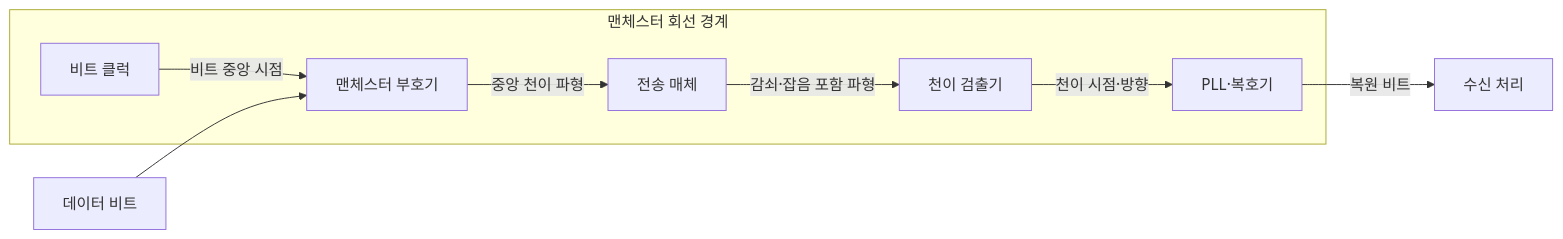
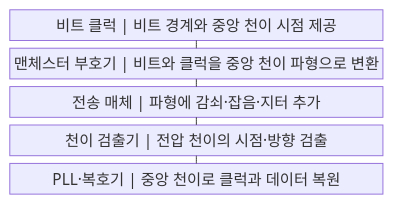
Before and after one commit to agnusdei1207/knowledge-base: the first of 2 diagrams in src/content/docs/notes/04-network/068_manchester_encoding.md, drawn with Mermaid. The commit also changed other lines of this file and 20 other files, not shown here.

````diff
--- a/src/content/docs/notes/04-network/068_manchester_encoding.md
+++ b/src/content/docs/notes/04-network/068_manchester_encoding.md
@@ -57,17 +57,13 @@
 ```mermaid
-flowchart LR
-    DATA[데이터 비트]
-    subgraph M[맨체스터 회선 경계]
-        CLK[비트 클럭]
-        ENC[맨체스터 부호기]
-        MED[전송 매체]
-        DET[천이 검출기]
-        DEC[PLL·복호기]
-        CLK -->|비트 중앙 시점| ENC
-        ENC -->|중앙 천이 파형| MED
-        MED -->|감쇠·잡음 포함 파형| DET
-        DET -->|천이 시점·방향| DEC
-    end
-    DATA --> ENC
-    DEC -->|복원 비트| OUT[수신 처리]
+block
+    columns 1
+    A["비트 클럭 | 비트 경계와 중앙 천이 시점 제공"]
+    B["맨체스터 부호기 | 비트와 클럭을 중앙 천이 파형으로 변환"]
+    C["전송 매체 | 파형에 감쇠·잡음·지터 추가"]
+    D["천이 검출기 | 전압 천이의 시점·방향 검출"]
+    E["PLL·복호기 | 중앙 천이로 클럭과 데이터 복원"]
+    A --- B
+    B --- C
+    C --- D
+    D --- E
 ```
````
